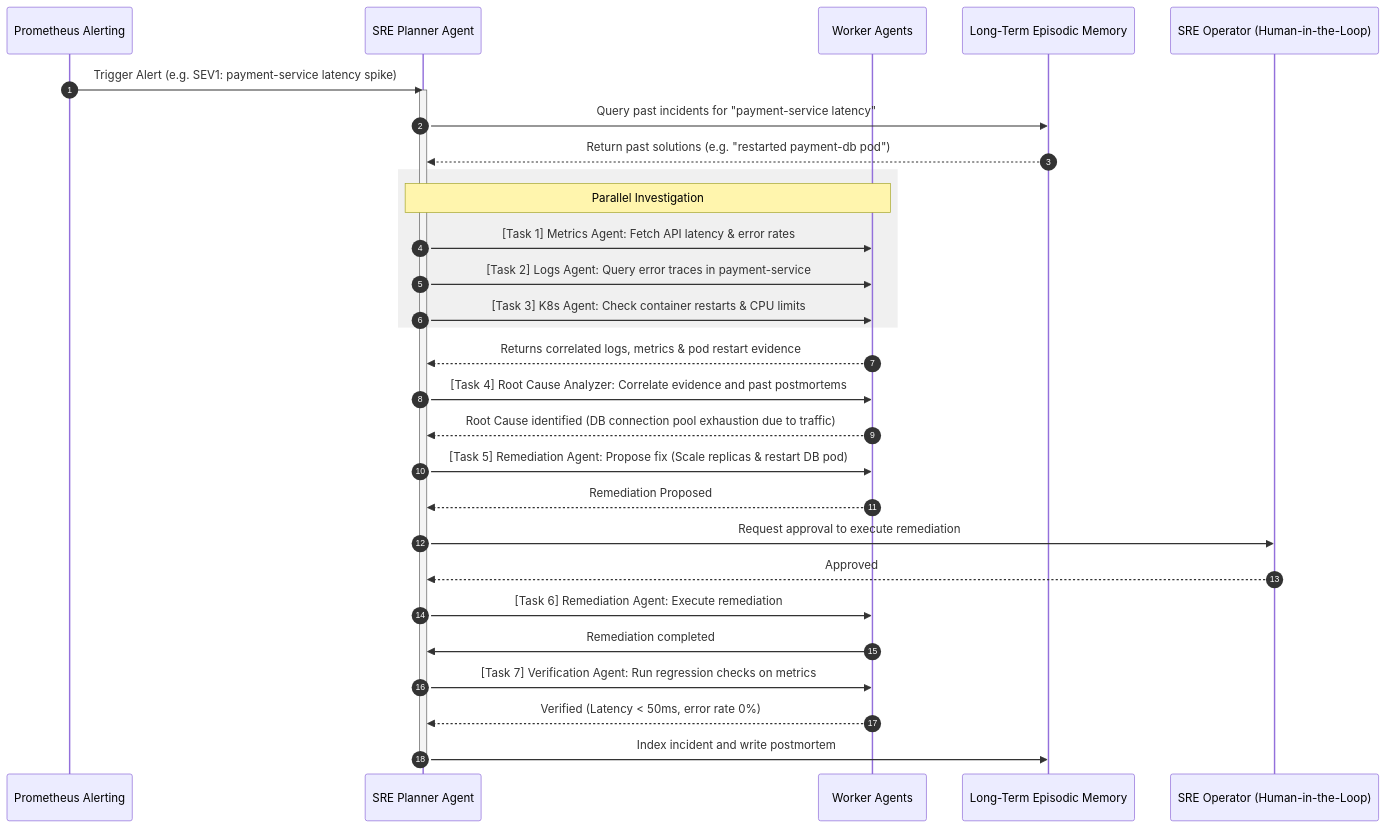
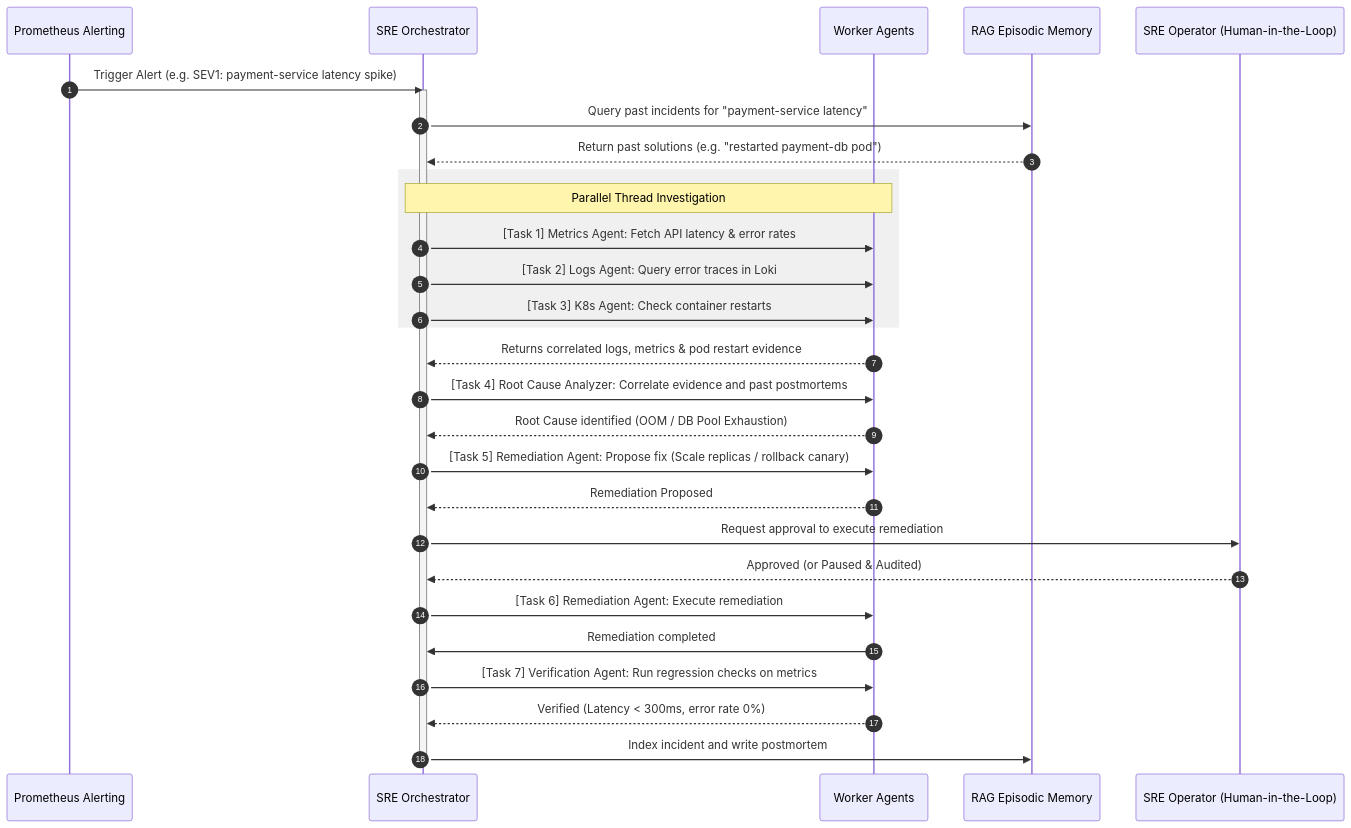
One commit to Pavanteja0/aire changed the second of 2 diagrams in README.md. Above: the diagram before and after it, drawn with Mermaid. The commit also changed other lines of this file and 20 other files, not shown here.

````diff
--- a/README.md
+++ b/README.md
@@ -75,41 +75,41 @@
 ```mermaid
 sequenceDiagram
     autonumber
     participant Alert as Prometheus Alerting
-    participant Planner as SRE Planner Agent
+    participant Orchestrator as SRE Orchestrator
     participant Swarm as Worker Agents
-    participant Memory as Long-Term Episodic Memory
+    participant Memory as RAG Episodic Memory
     participant Human as SRE Operator (Human-in-the-Loop)
 
-    Alert->>Planner: Trigger Alert (e.g. SEV1: payment-service latency spike)
-    activate Planner
-    Planner->>Memory: Query past incidents for "payment-service latency"
-    Memory-->>Planner: Return past solutions (e.g. "restarted payment-db pod")
+    Alert->>Orchestrator: Trigger Alert (e.g. SEV1: payment-service latency spike)
+    activate Orchestrator
+    Orchestrator->>Memory: Query past incidents for "payment-service latency"
+    Memory-->>Orchestrator: Return past solutions (e.g. "restarted payment-db pod")
     
     rect rgb(240, 240, 240)
-        Note over Planner, Swarm: Parallel Investigation
-        Planner->>Swarm: [Task 1] Metrics Agent: Fetch API latency & error rates
-        Planner->>Swarm: [Task 2] Logs Agent: Query error traces in payment-service
-        Planner->>Swarm: [Task 3] K8s Agent: Check container restarts & CPU limits
+        Note over Orchestrator, Swarm: Parallel Thread Investigation
+        Orchestrator->>Swarm: [Task 1] Metrics Agent: Fetch API latency & error rates
+        Orchestrator->>Swarm: [Task 2] Logs Agent: Query error traces in Loki
+        Orchestrator->>Swarm: [Task 3] K8s Agent: Check container restarts
     end
 
-    Swarm-->>Planner: Returns correlated logs, metrics & pod restart evidence
-    Planner->>Swarm: [Task 4] Root Cause Analyzer: Correlate evidence and past postmortems
-    Swarm-->>Planner: Root Cause identified (DB connection pool exhaustion due to traffic)
+    Swarm-->>Orchestrator: Returns correlated logs, metrics & pod restart evidence
+    Orchestrator->>Swarm: [Task 4] Root Cause Analyzer: Correlate evidence and past postmortems
+    Swarm-->>Orchestrator: Root Cause identified (OOM / DB Pool Exhaustion)
     
-    Planner->>Swarm: [Task 5] Remediation Agent: Propose fix (Scale replicas & restart DB pod)
-    Swarm-->>Planner: Remediation Proposed
+    Orchestrator->>Swarm: [Task 5] Remediation Agent: Propose fix (Scale replicas / rollback canary)
+    Swarm-->>Orchestrator: Remediation Proposed
 
     %% Human in the loop gate
-    Planner->>Human: Request approval to execute remediation
-    Human-->>Planner: Approved
+    Orchestrator->>Human: Request approval to execute remediation
+    Human-->>Orchestrator: Approved (or Paused & Audited)
 
-    Planner->>Swarm: [Task 6] Remediation Agent: Execute remediation
-    Swarm->>Planner: Remediation completed
+    Orchestrator->>Swarm: [Task 6] Remediation Agent: Execute remediation
+    Swarm->>Orchestrator: Remediation completed
     
-    Planner->>Swarm: [Task 7] Verification Agent: Run regression checks on metrics
-    Swarm-->>Planner: Verified (Latency < 50ms, error rate 0%)
+    Orchestrator->>Swarm: [Task 7] Verification Agent: Run regression checks on metrics
+    Swarm-->>Orchestrator: Verified (Latency < 300ms, error rate 0%)
     
-    Planner->>Memory: Index incident and write postmortem
-    deactivate Planner
+    Orchestrator->>Memory: Index incident and write postmortem
+    deactivate Orchestrator
 ```
````
